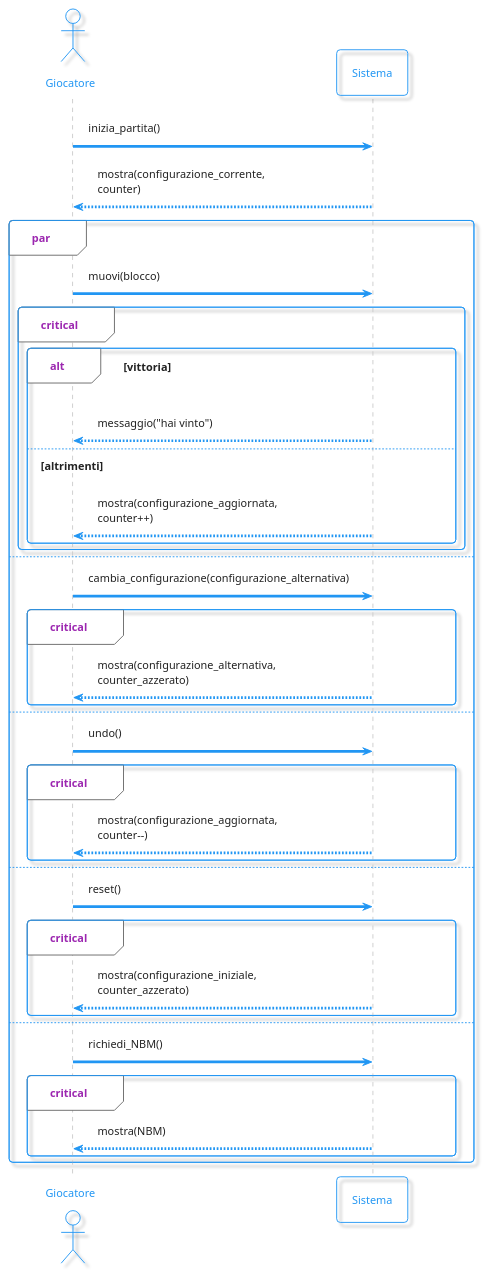
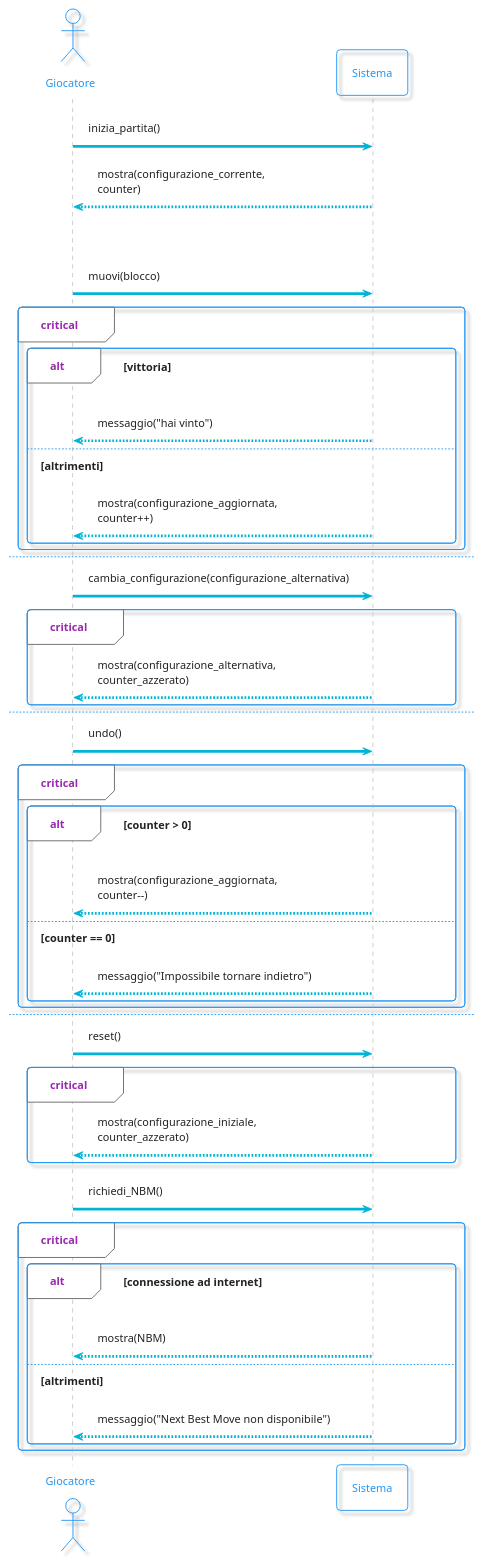
One commit to bellins14/klotski_gruppo2 changed the first of 2 diagrams in docs_gruppo2/Sequence_Diagram.md. Above: the diagram before and after it, drawn with PlantUML.

````diff
--- a/docs_gruppo2/Sequence_Diagram.md
+++ b/docs_gruppo2/Sequence_Diagram.md
@@ -5,52 +5,62 @@
 ```plantuml
-@startuml
 !theme materia-outline
 
-actor Giocatore 
-participant Sistema 
+skinparam ArrowColor #00B4D8
+
+actor Giocatore
+participant Sistema
 
 Giocatore -> Sistema: inizia_partita()
 Sistema --> Giocatore: mostra(configurazione_corrente,\ncounter)
 
 par
     Giocatore -> Sistema: muovi(blocco)
     
     critical 
       alt vittoria
-      Sistema --> Giocatore: messaggio("hai vinto")
+        Sistema --> Giocatore: messaggio("hai vinto")
 
       else altrimenti
-      Sistema --> Giocatore: mostra(configurazione_aggiornata,\ncounter++)
+        Sistema --> Giocatore: mostra(configurazione_aggiornata,\ncounter++)
       end
     end
     
 else 
     Giocatore -> Sistema: cambia_configurazione(configurazione_alternativa)
     
     critical 
       Sistema --> Giocatore: mostra(configurazione_alternativa,\ncounter_azzerato)
     end
 
 else 
     Giocatore -> Sistema: undo()
     
     critical 
-      Sistema --> Giocatore: mostra(configurazione_aggiornata,\ncounter--)
+      alt counter > 0 
+        Sistema --> Giocatore: mostra(configurazione_aggiornata,\ncounter--)
+        
+      else counter == 0
+        Sistema --> Giocatore: messaggio("Impossibile tornare indietro")
+      end
     end
     
 else 
     Giocatore -> Sistema: reset()
     
     critical 
       Sistema --> Giocatore: mostra(configurazione_iniziale,\ncounter_azzerato)
     end
 
 else 
     Giocatore -> Sistema: richiedi_NBM()
     
     critical 
-      Sistema --> Giocatore: mostra(NBM)
+      alt connessione ad internet
+        Sistema --> Giocatore: mostra(NBM)
+        
+      else altrimenti
+        Sistema --> Giocatore: messaggio("Next Best Move non disponibile")
     end
 end
 @enduml
 ```
````
